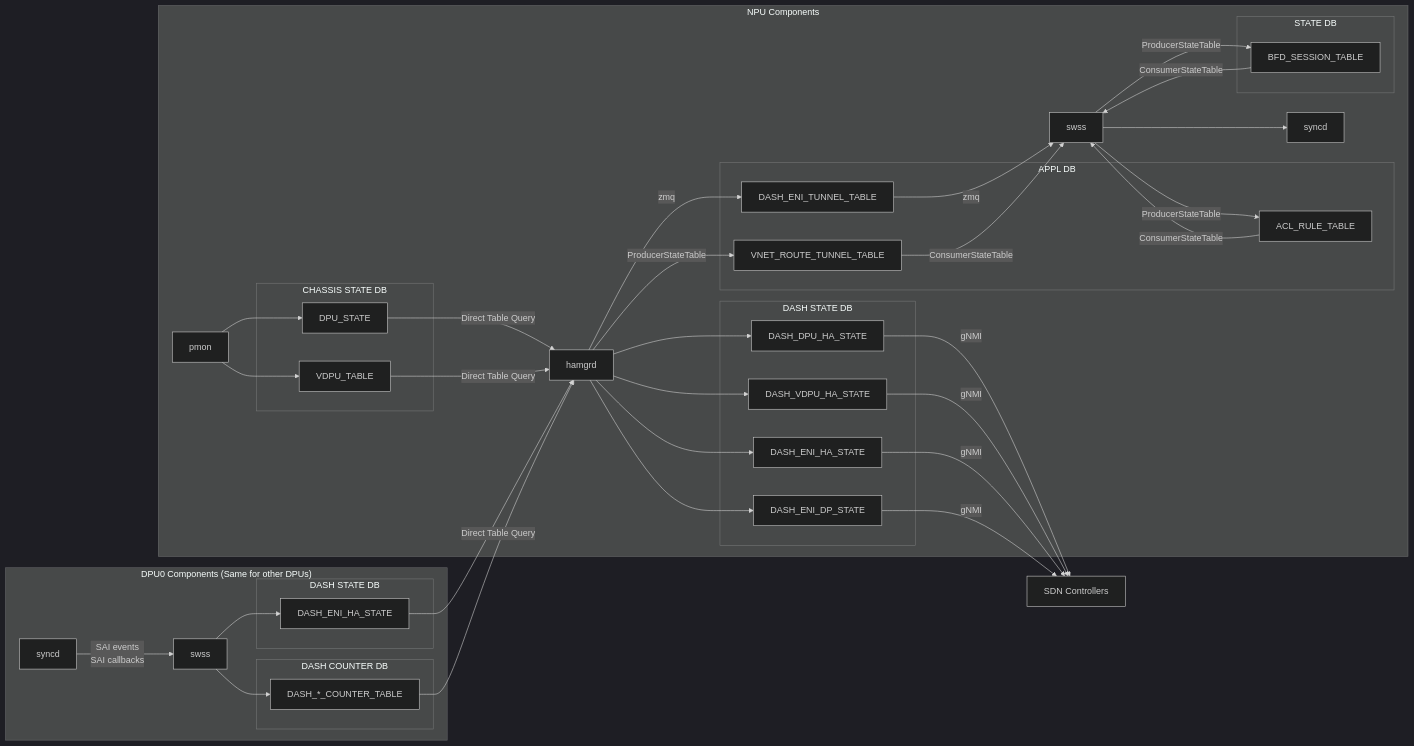
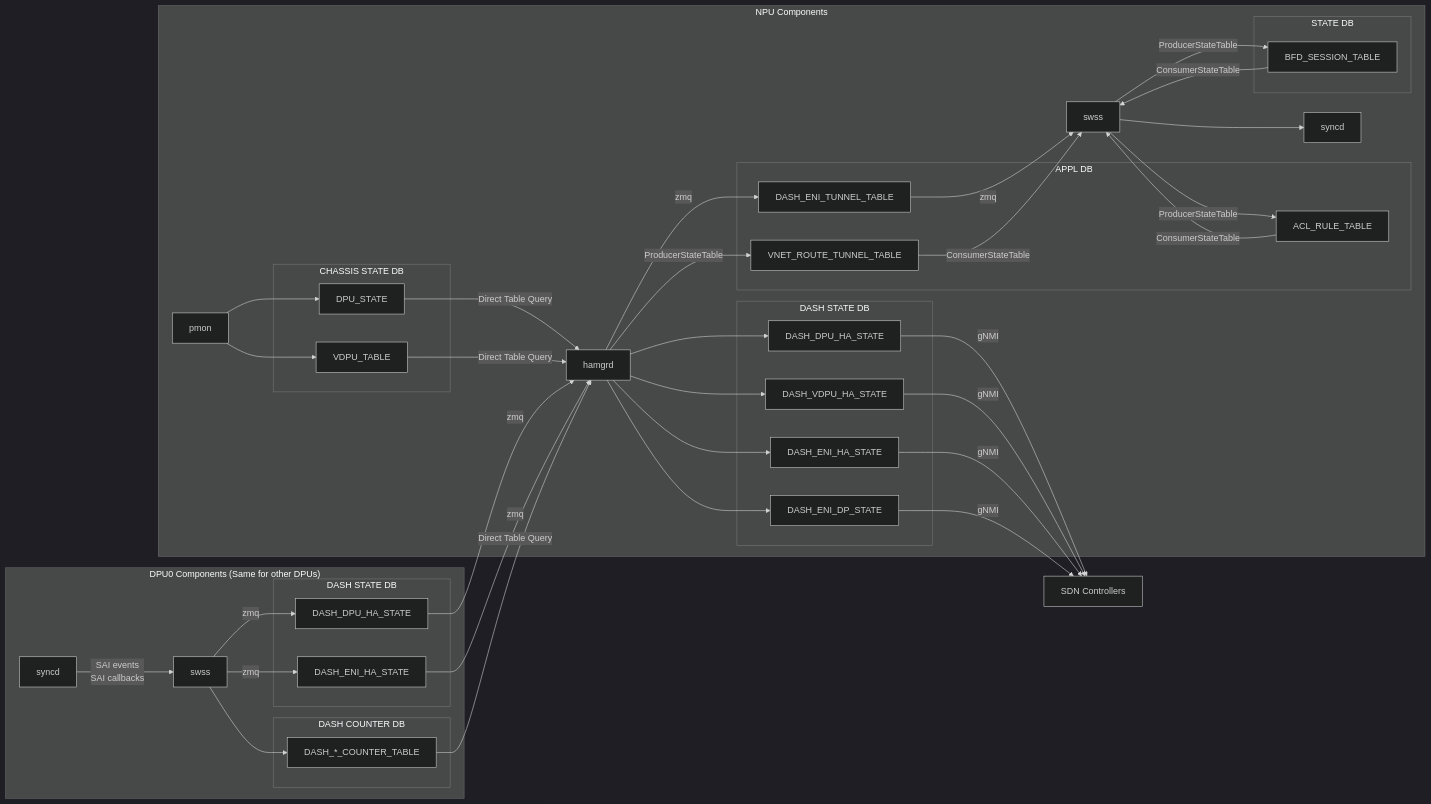
One commit to sonic-net/SONiC changed the second of 2 diagrams in doc/smart-switch/high-availability/smart-switch-ha-detailed-design.md. Above: the diagram before and after it, drawn with Mermaid (dark theme). The commit also changed other lines of this file, not shown here.

Commit message:
DPU HA state table.

```diff
--- a/doc/smart-switch/high-availability/smart-switch-ha-detailed-design.md
+++ b/doc/smart-switch/high-availability/smart-switch-ha-detailed-design.md
@@ -214,6 +215,7 @@
       DPU_SYNCD[syncd]
 
       subgraph DASH STATE DB
+         DPU_DASH_DPU_HA_STATE[DASH_DPU_HA_STATE]
          DPU_DASH_ENI_HA_STATE[DASH_ENI_HA_STATE]
       end
 
@@ -242,7 +244,8 @@
    NPU_SWSS --> |ProducerStateTable| NPU_ACL_RULE
 
    %% DPU tables --> hamgrd:
-   DPU_DASH_ENI_HA_STATE --> NPU_HAMGRD
+   DPU_DASH_DPU_HA_STATE --> |zmq| NPU_HAMGRD
+   DPU_DASH_ENI_HA_STATE --> |zmq| NPU_HAMGRD
    DPU_DASH_COUNTERS --> |Direct Table Query| NPU_HAMGRD
 
    %% hamgrd --> NPU tables:
@@ -259,7 +262,8 @@
    DPU_SYNCD --> |SAI events<br/>SAI callbacks| DPU_SWSS 
 
    %% DPU swss --> DPU tables:
-   DPU_SWSS --> DPU_DASH_ENI_HA_STATE
+   DPU_SWSS --> |zmq| DPU_DASH_DPU_HA_STATE
+   DPU_SWSS --> |zmq| DPU_DASH_ENI_HA_STATE
    DPU_SWSS --> DPU_DASH_COUNTERS
 
    %% NPU state tables --> Upstream service:
```
